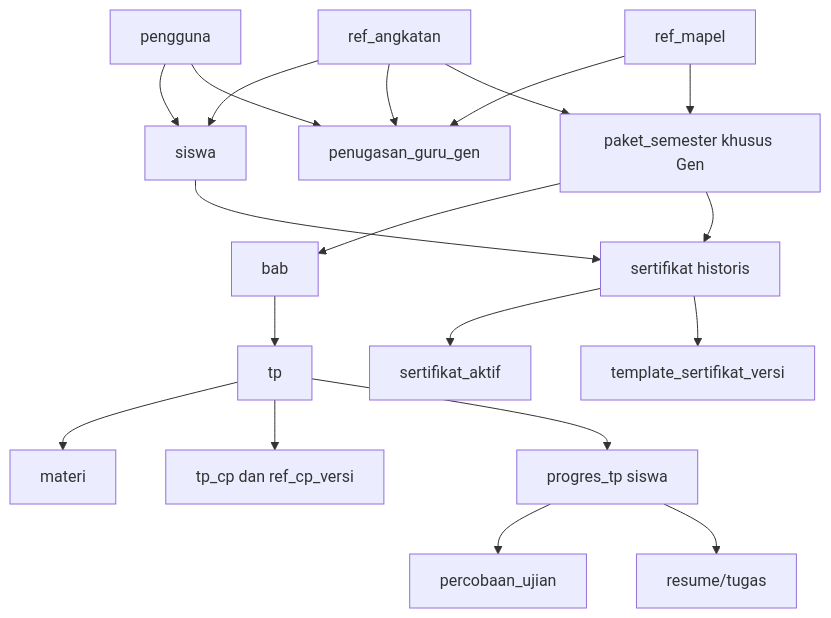
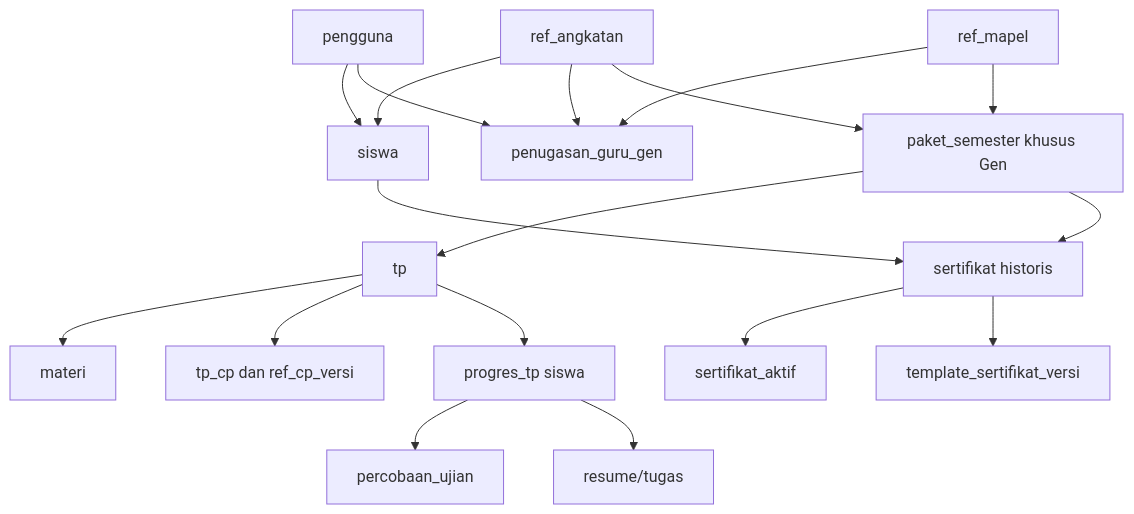
One commit to Al-Faroz/SLA-SKS changed the diagram in docs/10-DATABASE.md. Above: the diagram before and after it, drawn with Mermaid. The commit also changed other lines of this file, not shown here.

Commit message:
docs(v2.4): rapikan relasi TP, rute dan E2E tanpa BAB

````diff
--- a/docs/10-DATABASE.md
+++ b/docs/10-DATABASE.md
@@ -26,21 +26,20 @@
 ```mermaid
 flowchart TD
  U[pengguna] --> S[siswa]
  A[ref_angkatan] --> S
  A --> G[penugasan_guru_gen]
  M[ref_mapel] --> G
  U --> G
  A --> P[paket_semester khusus Gen]
  M --> P
- P --> B[bab]
- B --> TP[tp]
+ P --> TP[tp]
  TP --> MT[materi]
  TP --> CP[tp_cp dan ref_cp_versi]
  TP --> PR[progres_tp siswa]
  PR --> EX[percobaan_ujian]
  PR --> RS[resume/tugas]
  S --> CER[sertifikat historis]
  P --> CER
  CER --> ACT[sertifikat_aktif]
  CER --> V[template_sertifikat_versi]
 ```
````
